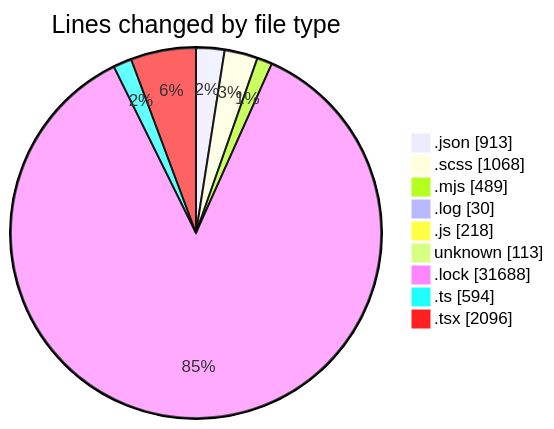
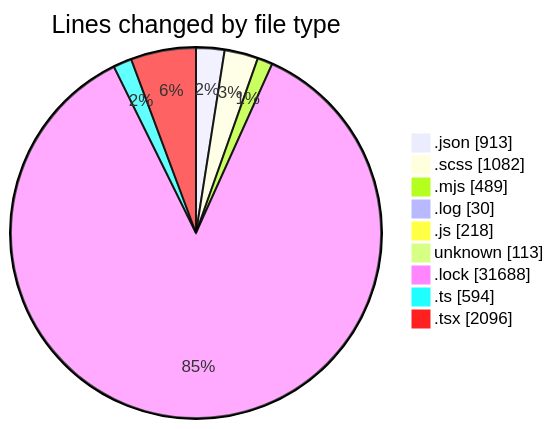
Before and after one commit to momahboobian/code-tracking: the first of 2 diagrams in 2026-08-12/cda/README.md, drawn with Mermaid. The commit also changed other lines of this file and 1 other file, not shown here.

````diff
--- a/2026-08-12/cda/README.md
+++ b/2026-08-12/cda/README.md
@@ -60,13 +60,13 @@
 ```mermaid
 pie showData
 title Lines changed by file type
 ".json" : 913
-".scss" : 1068
+".scss" : 1082
 ".mjs" : 489
 ".log" : 30
 ".js" : 218
 "unknown" : 113
 ".lock" : 31688
 ".ts" : 594
 ".tsx" : 2096
 ```
````
